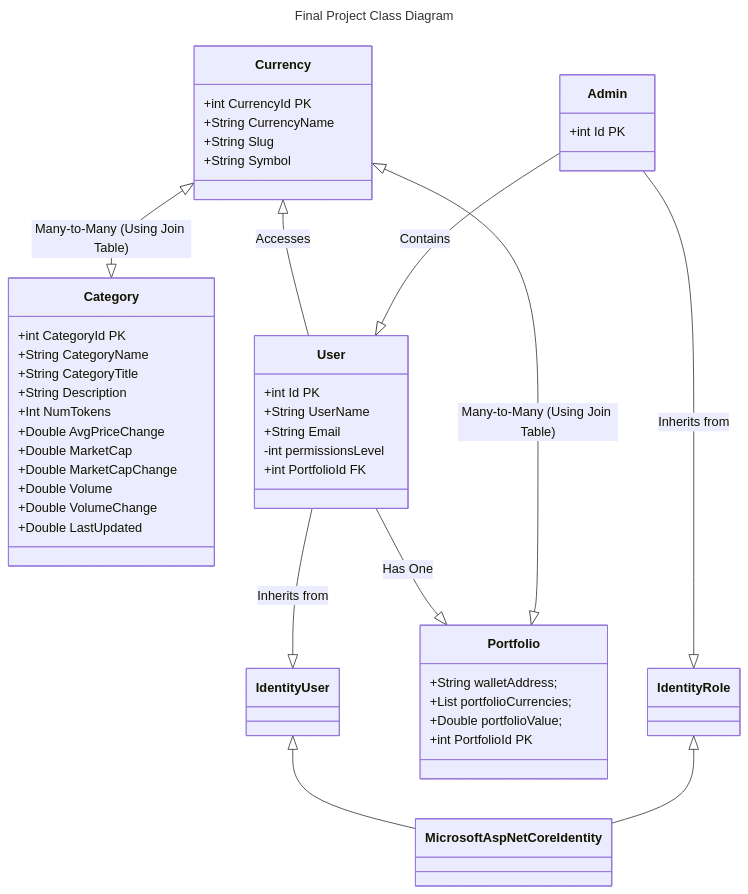
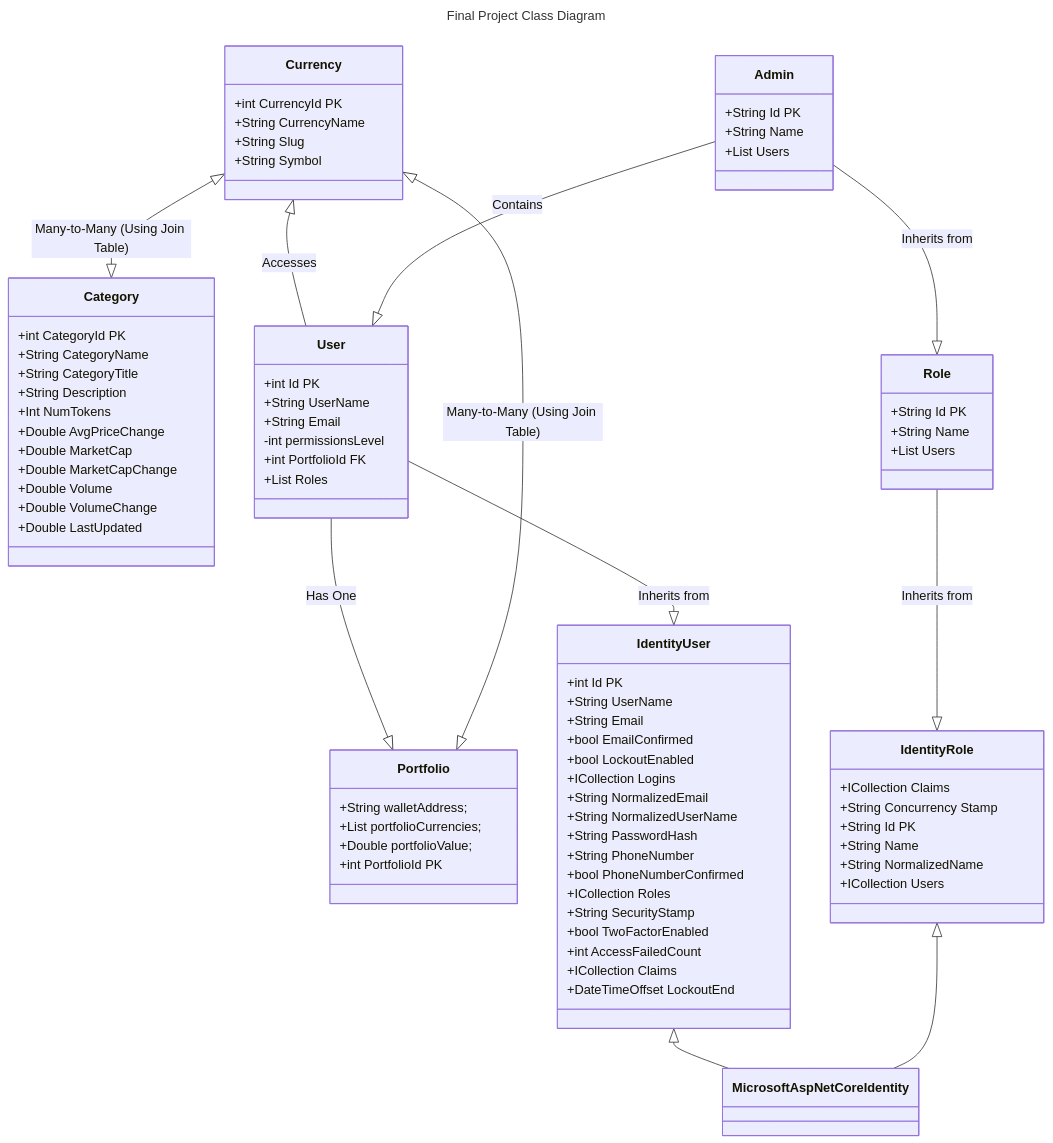
One commit to GrantRynders/ASPdemo changed the diagram in README.md. Above: the diagram before and after it, drawn with Mermaid. The commit also changed 2 other files, not shown here.

Commit message:
Readme and PersonalInfo changes

````diff
--- a/README.md
+++ b/README.md
@@ -5,10 +5,11 @@
 classDiagram
     Currency <|--|> Category : Many-to-Many (Using Join Table)
     Currency <|-- User : Accesses
-    Admin --|> IdentityRole : Inherits from
+    Admin --|> Role : Inherits from
     User --|> Portfolio : Has One
-    User --|> IdentityUser : Inherits from 
+    User --|> IdentityUser : Inherits from
     IdentityUser <|-- MicrosoftAspNetCoreIdentity
+    Role --|> IdentityRole : Inherits from
     IdentityRole <|-- MicrosoftAspNetCoreIdentity
     Admin --|> User : Contains
     Currency <|--|> Portfolio : Many-to-Many (Using Join Table)
@@ -43,8 +44,43 @@
         +String Email
         -int permissionsLevel
         +int PortfolioId FK
+        +List<Role> Roles 
+    }
+    class IdentityUser{
+        +int Id PK
+        +String UserName
+        +String Email
+        +bool EmailConfirmed
+        +bool LockoutEnabled
+        +ICollection<TUserLogin> Logins
+        +String NormalizedEmail
+        +String NormalizedUserName
+        +String PasswordHash
+        +String PhoneNumber
+        +bool PhoneNumberConfirmed
+        +ICollection<TUserRole> Roles
+        +String SecurityStamp
+        +bool TwoFactorEnabled
+        +int AccessFailedCount
+        +ICollection<TUserClaim> Claims
+        +DateTimeOffset LockoutEnd
+    }
+    class IdentityRole{
+        +ICollection<TRoleClaim> Claims
+        +String Concurrency Stamp
+        +String Id PK
+        +String Name
+        +String NormalizedName
+        +ICollection<TUserRole> Users
+    }
+    class Role{
+        +String Id PK
+        +String Name
+        +List<User> Users
     }
     class Admin{
-        +int Id PK
+        +String Id PK
+        +String Name
+        +List<User> Users
     }
 ```
````
